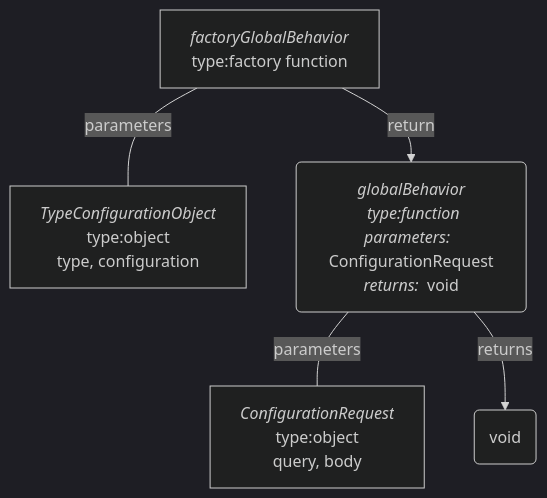
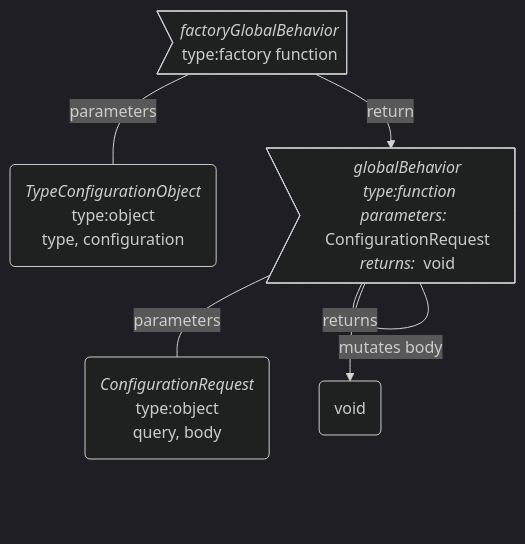
Before and after one commit to vishipayyallore/eshop-services-configuration: the diagram in Documentation/factory-global-behavior.md, drawn with Mermaid (dark theme).

Commit message:
diagram change

````diff
--- a/Documentation/factory-global-behavior.md
+++ b/Documentation/factory-global-behavior.md
@@ -1,18 +1,18 @@
 ```mermaid
 graph TB;
 
-factoryGlobalBehavior[<em>factoryGlobalBehavior</em><br>type:factory function]
+factoryGlobalBehavior><em>factoryGlobalBehavior</em><br>type:factory function]
 
-TypeConfigurationObject[<em>TypeConfigurationObject</em><br>type:object<br>type, configuration]
+TypeConfigurationObject(<em>TypeConfigurationObject</em><br>type:object<br>type, configuration)
 
-returnFunction(<em>globalBehavior<br> type:function</em><br><em>parameters: </em> ConfigurationRequest<br><em>returns: </em> void)
+returnFunction><em>globalBehavior<br> type:function</em><br><em>parameters: </em> ConfigurationRequest<br><em>returns: </em> void]
 
-ConfigurationRequest[<em>ConfigurationRequest</em><br>type:object<br>query, body]
+ConfigurationRequest(<em>ConfigurationRequest</em><br>type:object<br>query, body)
 
 returnFunction--parameters---ConfigurationRequest
 returnFunction--returns-->void(void)
+returnFunction--mutates body---returnFunction
 
 factoryGlobalBehavior--parameters---TypeConfigurationObject
 factoryGlobalBehavior--return-->returnFunction
-
 ```
````
